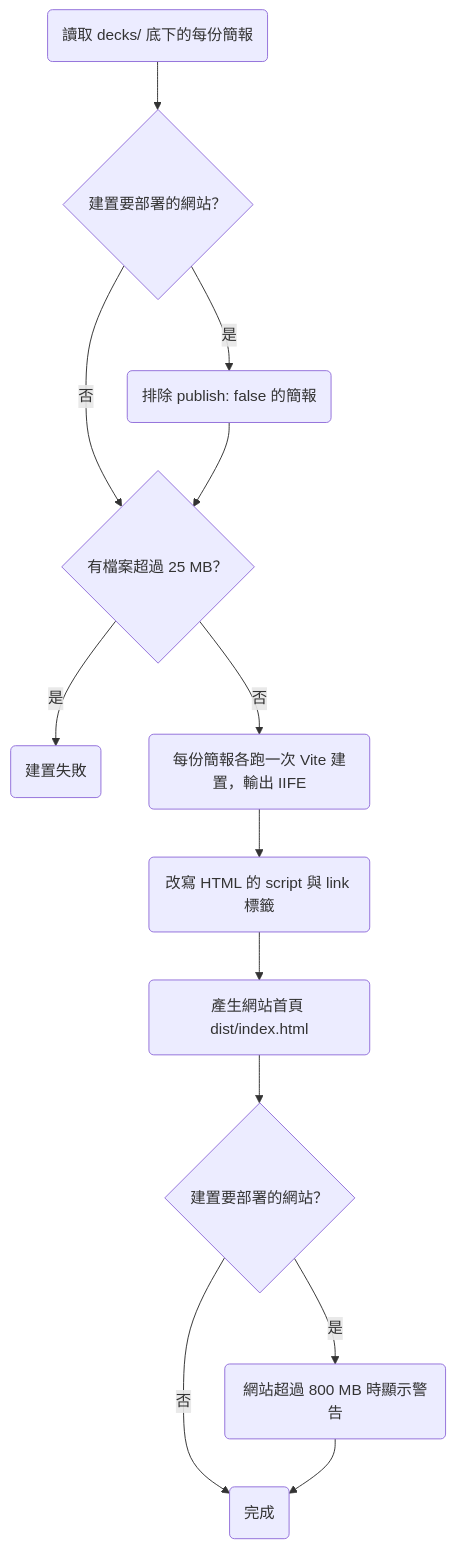
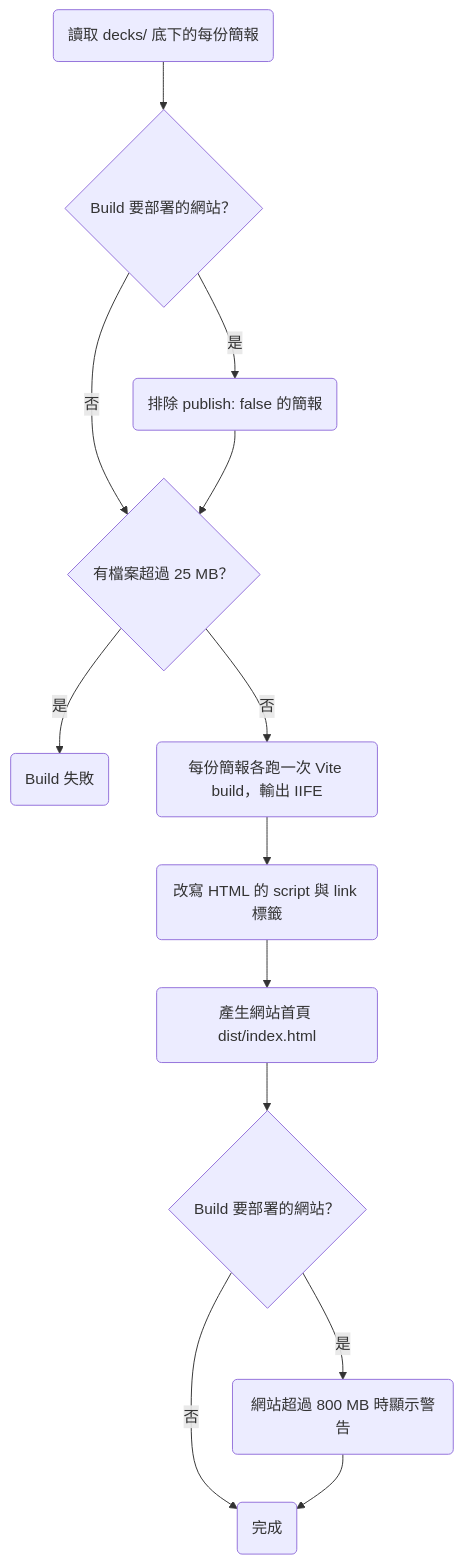
The diagram in docs/plans/0001-project-foundation.md (bingyangchen/diapo), drawn with Mermaid before and after one commit. The commit also changed other lines of this file and 2 other files, not shown here.

````diff
--- a/docs/plans/0001-project-foundation.md
+++ b/docs/plans/0001-project-foundation.md
@@ -277,15 +276,15 @@
 ```mermaid
 flowchart TD
-  start("讀取 decks/ 底下的每份簡報") --> deploy1{"建置要部署的網站？"}
+  start("讀取 decks/ 底下的每份簡報") --> deploy1{"Build 要部署的網站？"}
   deploy1 -- 是 --> filter("排除 publish: false 的簡報")
   deploy1 -- 否 --> size{"有檔案超過 25 MB？"}
   filter --> size
-  size -- 是 --> fail("建置失敗")
-  size -- 否 --> vite("每份簡報各跑一次 Vite 建置，輸出 IIFE")
+  size -- 是 --> fail("Build 失敗")
+  size -- 否 --> vite("每份簡報各跑一次 Vite build，輸出 IIFE")
   vite --> rewrite("改寫 HTML 的 script 與 link 標籤")
   rewrite --> index("產生網站首頁 dist/index.html")
-  index --> deploy2{"建置要部署的網站？"}
+  index --> deploy2{"Build 要部署的網站？"}
   deploy2 -- 是 --> total("網站超過 800 MB 時顯示警告")
   deploy2 -- 否 --> done("完成")
   total --> done
 ```
````
